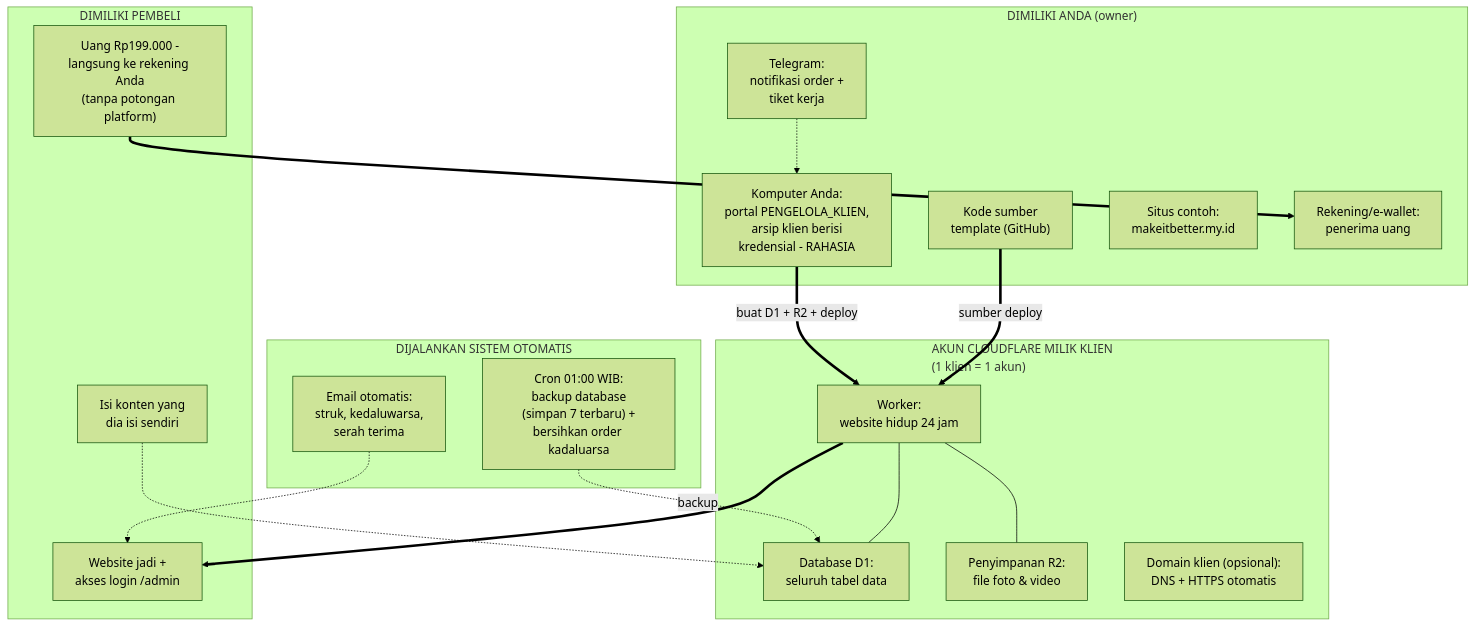
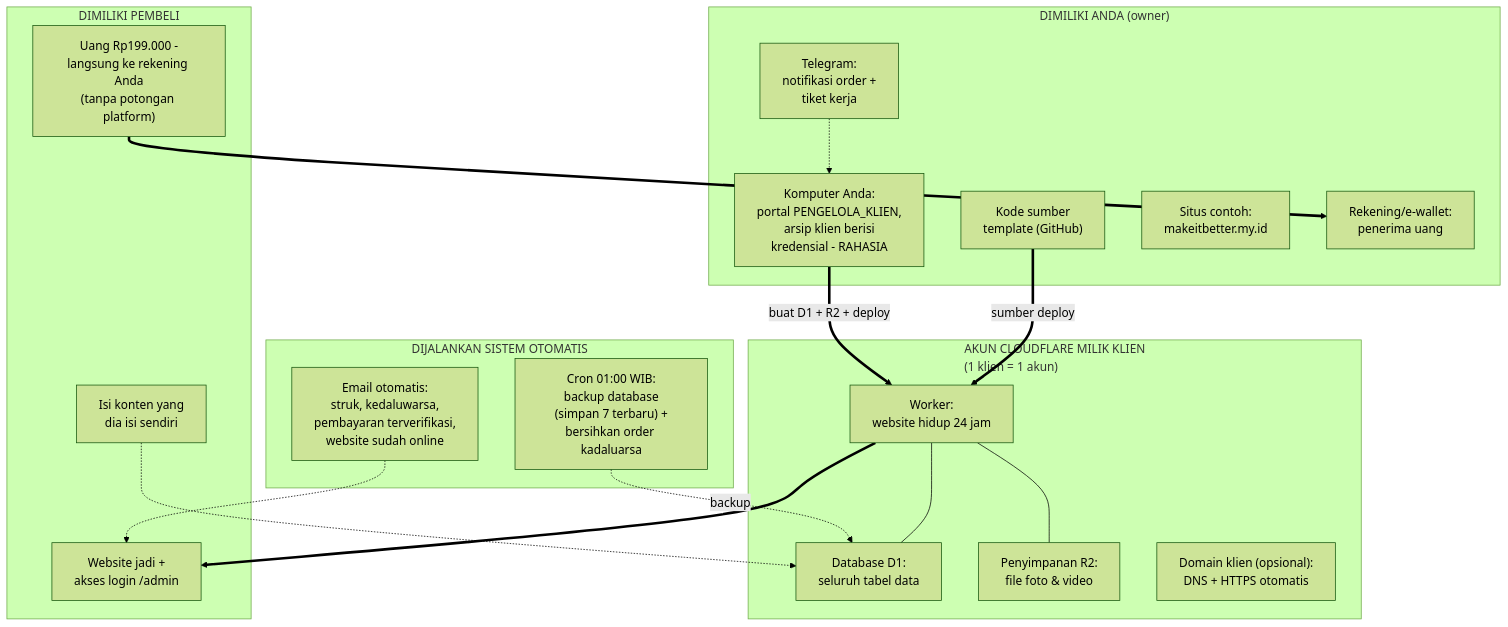
Before and after one commit to raaOS/portfolio-template: the diagram in docs/diagrams/peta-aset.mmd, drawn with Mermaid (forest theme). The commit also changed 41 other files, not shown here.

```diff
--- a/docs/diagrams/peta-aset.mmd
+++ b/docs/diagrams/peta-aset.mmd
@@ -1,39 +1,39 @@
 %% Peta aset — siapa punya apa di mana (bahasa non-IT). Milik owner.
 %% Sumber kebenaran tunggal: dirender portal PENGELOLA_KLIEN (tab "Peta Bisnis").
 flowchart TB
   subgraph PEMBELI_BOX["DIMILIKI PEMBELI"]
     PB1["Uang Rp199.000 -<br/>langsung ke rekening Anda<br/>(tanpa potongan platform)"]
     PB2["Website jadi +<br/>akses login /admin"]
     PB3["Isi konten yang<br/>dia isi sendiri"]
   end
 
   subgraph OWNER_BOX["DIMILIKI ANDA (owner)"]
     OW1["Kode sumber<br/>template (GitHub)"]
     OW2["Komputer Anda:<br/>portal PENGELOLA_KLIEN,<br/>arsip klien berisi<br/>kredensial - RAHASIA"]
     OW3["Telegram:<br/>notifikasi order +<br/>tiket kerja"]
     OW4["Situs contoh:<br/>makeitbetter.my.id"]
     OW5["Rekening/e-wallet:<br/>penerima uang"]
   end
 
   subgraph CF_BOX["AKUN CLOUDFLARE MILIK KLIEN<br/>(1 klien = 1 akun)"]
     CF1["Database D1:<br/>seluruh tabel data"]
     CF2["Penyimpanan R2:<br/>file foto & video"]
     CF3["Worker:<br/>website hidup 24 jam"]
     CF4["Domain klien (opsional):<br/>DNS + HTTPS otomatis"]
     CF3 --- CF1
     CF3 --- CF2
   end
 
   subgraph AUTO_BOX["DIJALANKAN SISTEM OTOMATIS"]
     AU1["Cron 01:00 WIB:<br/>backup database<br/>(simpan 7 terbaru) +<br/>bersihkan order kadaluarsa"]
-    AU2["Email otomatis:<br/>struk, kedaluwarsa,<br/>serah terima"]
+    AU2["Email otomatis:<br/>struk, kedaluwarsa,<br/>pembayaran terverifikasi,<br/>website sudah online"]
   end
 
   PB1 ==> OW5
   OW1 ==>|sumber deploy| CF3
   OW2 ==>|buat D1 + R2 + deploy| CF3
   CF3 ==> PB2
   PB3 -.-> CF1
   AU1 -.->|backup| CF1
   AU2 -.-> PB2
   OW3 -.-> OW2
```
